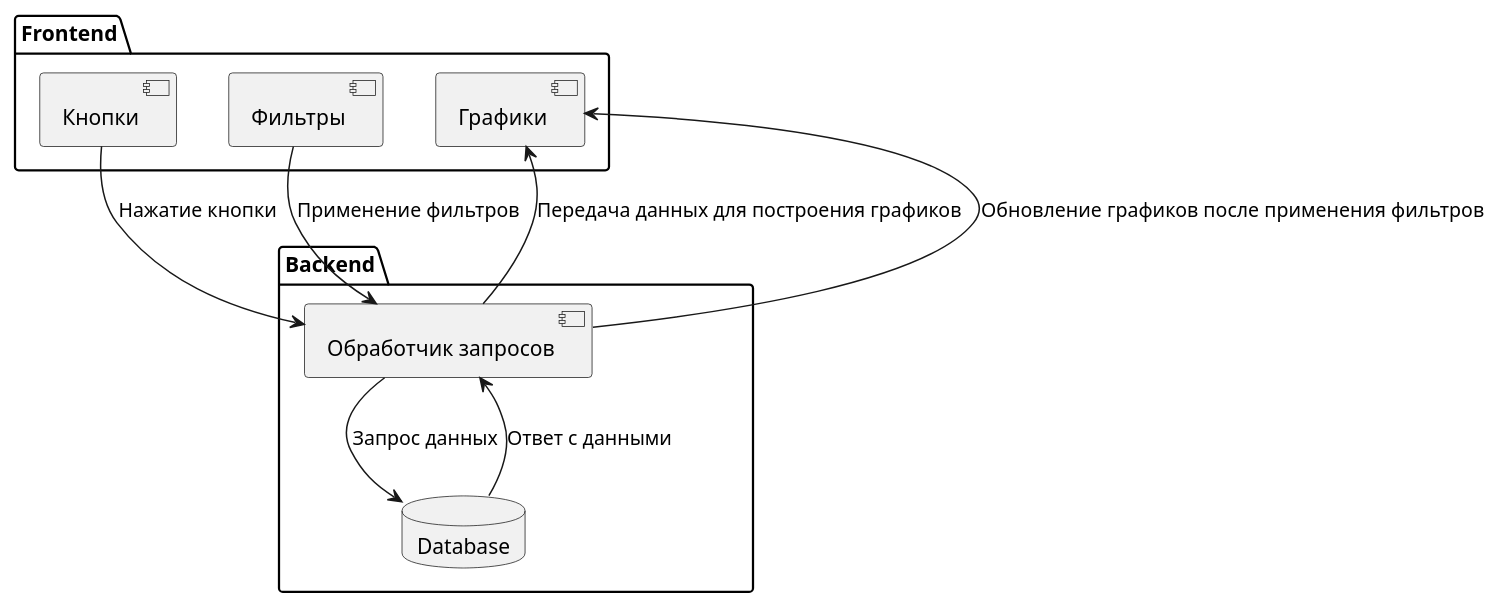
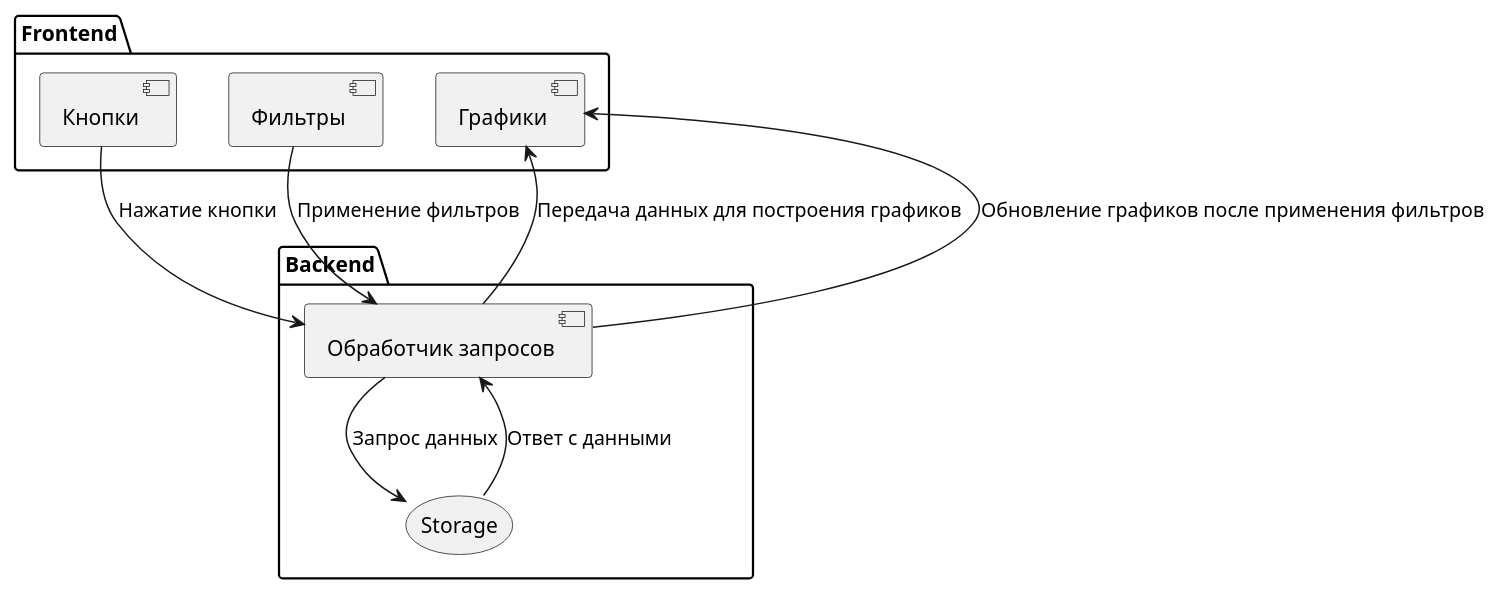
Before and after one commit to BitneeZ/TOUR_DB: the diagram in uml/DiagramComponents.puml, drawn with PlantUML. The commit also changed 2 other files, not shown here.

```diff
--- a/uml/DiagramComponents.puml
+++ b/uml/DiagramComponents.puml
@@ -1,19 +1,19 @@
 @startuml
 package "Frontend" {
   component [Кнопки] as Buttons
   component [Графики] as Charts
   component [Фильтры] as Filters
 }
 
 package "Backend" {
   component [Обработчик запросов] as RequestHandler
-  database Database
+  storage Storage
 }
 
 Buttons --> RequestHandler : Нажатие кнопки
-RequestHandler --> Database : Запрос данных
-Database --> RequestHandler : Ответ с данными
+RequestHandler --> Storage : Запрос данных
+Storage --> RequestHandler : Ответ с данными
 RequestHandler --> Charts : Передача данных для построения графиков
 Filters --> RequestHandler : Применение фильтров
 RequestHandler --> Charts : Обновление графиков после применения фильтров
 @enduml
```
